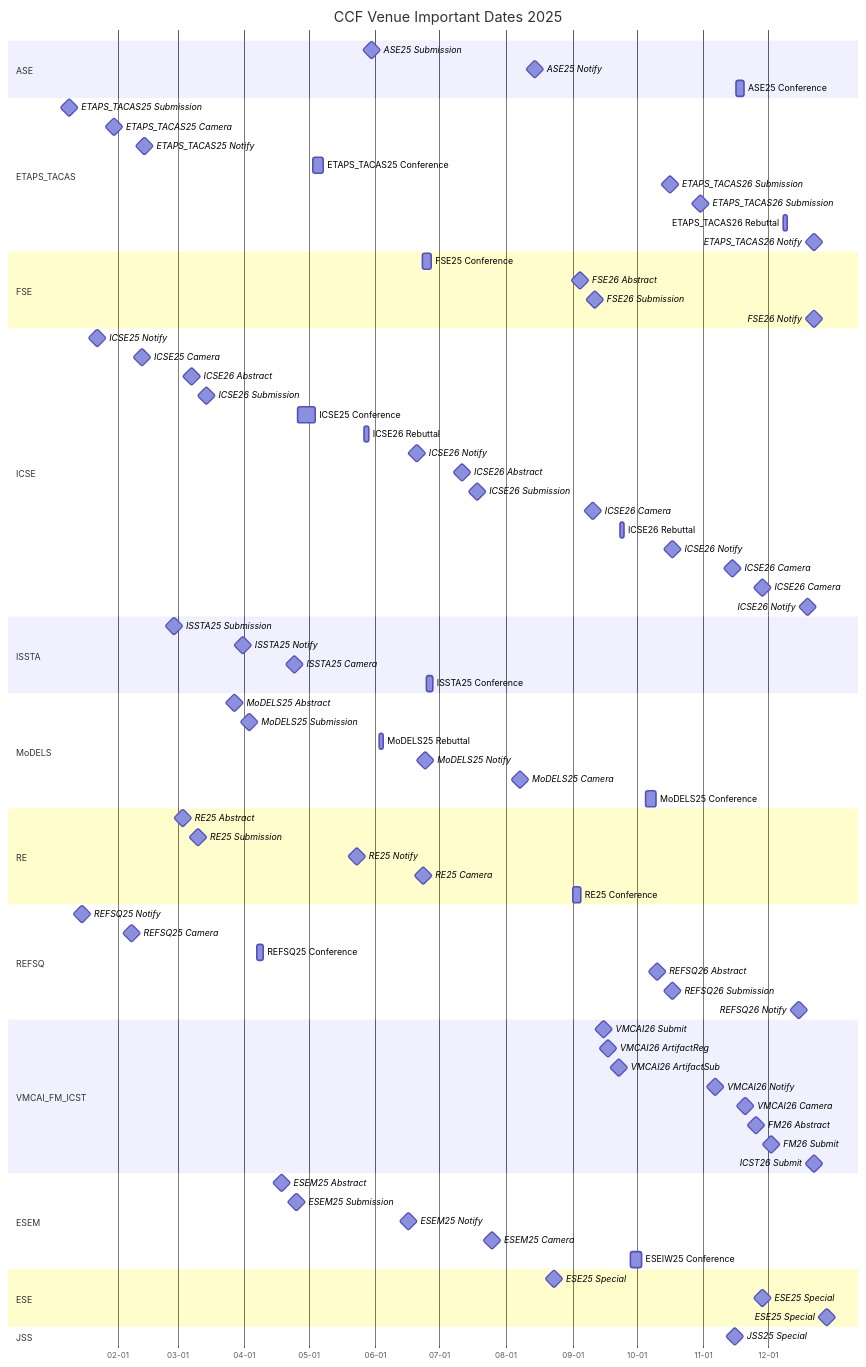
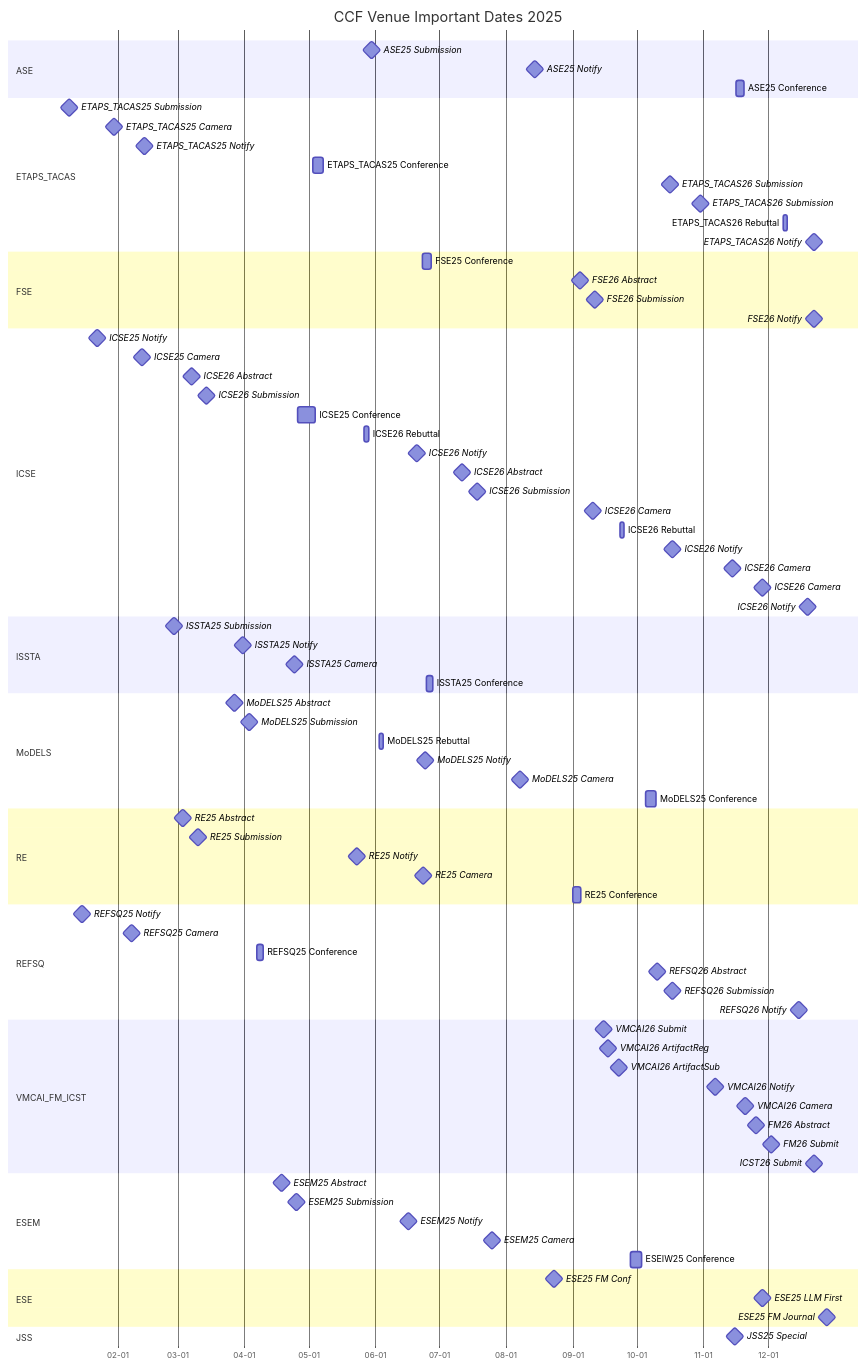
One commit to HansBug/research_ideas changed the fourth of 9 diagrams in ccf_venues/TIMELINE.md. Above: the diagram before and after it, drawn with Mermaid. The commit also changed other lines of this file and 9 other files, not shown here.

```diff
--- a/ccf_venues/TIMELINE.md
+++ b/ccf_venues/TIMELINE.md
@@ -595,9 +595,9 @@
   ESEIW25 Conference :esem_2025_5_20250928, 2025-09-28, 2025-10-03
 
   section ESE
-  ESE25 Special :milestone, ese_2025_1_20250823, 2025-08-23, 1d
-  ESE25 Special :milestone, ese_2025_2_20251128, 2025-11-28, 1d
-  ESE25 Special :milestone, ese_2025_3_20251228, 2025-12-28, 1d
+  ESE25 FM Conf :milestone, ese_2025_1_20250823, 2025-08-23, 1d
+  ESE25 LLM First :milestone, ese_2025_2_20251128, 2025-11-28, 1d
+  ESE25 FM Journal :milestone, ese_2025_3_20251228, 2025-12-28, 1d
 
   section JSS
   JSS25 Special :milestone, jss_2025_1_20251115, 2025-11-15, 1d
```
